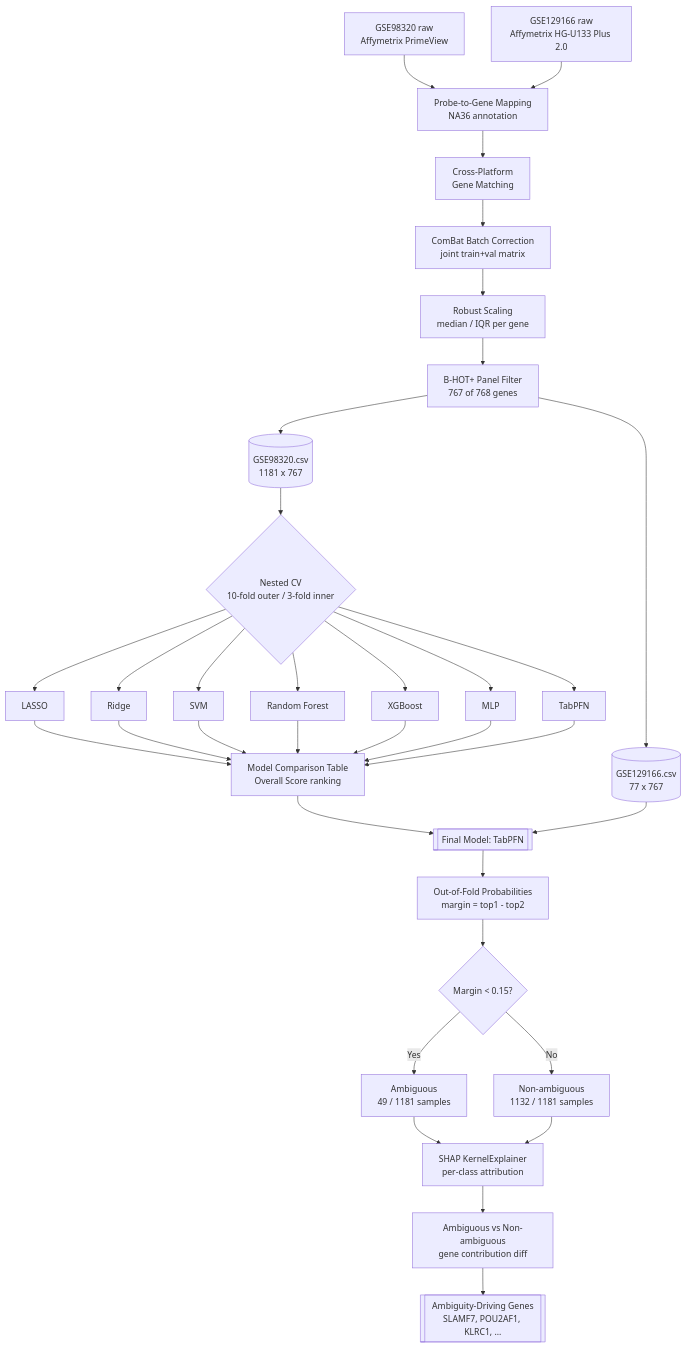
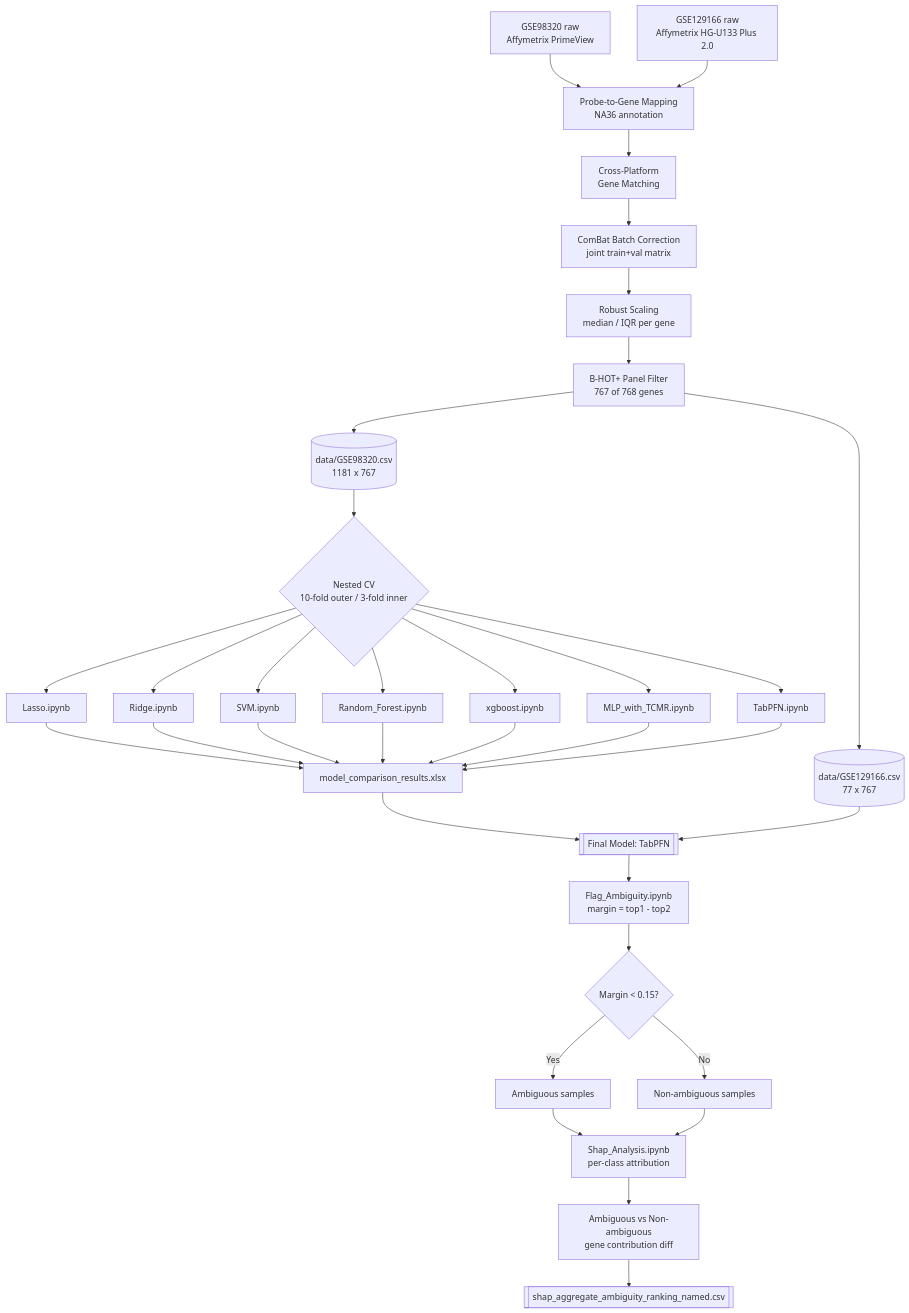
Before and after one commit to yashdave18/TRACER-Transcriptomic-Rejection-Analysis-and-Classification-with-Explainable-Reasoning: the first of 3 diagrams in README.md, drawn with Mermaid. The commit also changed other lines of this file, not shown here.

````diff
--- a/README.md
+++ b/README.md
@@ -195,34 +68,34 @@
 ```mermaid
 flowchart TD
     A[GSE98320 raw<br/>Affymetrix PrimeView] --> C[Probe-to-Gene Mapping<br/>NA36 annotation]
     B[GSE129166 raw<br/>Affymetrix HG-U133 Plus 2.0] --> C
     C --> D[Cross-Platform<br/>Gene Matching]
     D --> E[ComBat Batch Correction<br/>joint train+val matrix]
     E --> F[Robust Scaling<br/>median / IQR per gene]
     F --> G[B-HOT+ Panel Filter<br/>767 of 768 genes]
-    G --> H[(GSE98320.csv<br/>1181 x 767)]
-    G --> I[(GSE129166.csv<br/>77 x 767)]
+    G --> H[(data/GSE98320.csv<br/>1181 x 767)]
+    G --> I[(data/GSE129166.csv<br/>77 x 767)]
 
     H --> J{Nested CV<br/>10-fold outer / 3-fold inner}
-    J --> K1[LASSO]
-    J --> K2[Ridge]
-    J --> K3[SVM]
-    J --> K4[Random Forest]
-    J --> K5[XGBoost]
-    J --> K6[MLP]
-    J --> K7[TabPFN]
+    J --> K1[Lasso.ipynb]
+    J --> K2[Ridge.ipynb]
+    J --> K3[SVM.ipynb]
+    J --> K4[Random_Forest.ipynb]
+    J --> K5[xgboost.ipynb]
+    J --> K6[MLP_with_TCMR.ipynb]
+    J --> K7[TabPFN.ipynb]
 
-    K1 & K2 & K3 & K4 & K5 & K6 & K7 --> L[Model Comparison Table<br/>Overall Score ranking]
+    K1 & K2 & K3 & K4 & K5 & K6 & K7 --> L[model_comparison_results.xlsx]
     L --> M[[Final Model: TabPFN]]
     I --> M
 
-    M --> N[Out-of-Fold Probabilities<br/>margin = top1 - top2]
+    M --> N[Flag_Ambiguity.ipynb<br/>margin = top1 - top2]
     N --> O{Margin < 0.15?}
-    O -->|Yes| P[Ambiguous<br/>49 / 1181 samples]
-    O -->|No| Q[Non-ambiguous<br/>1132 / 1181 samples]
+    O -->|Yes| P[Ambiguous samples]
+    O -->|No| Q[Non-ambiguous samples]
 
-    P --> R[SHAP KernelExplainer<br/>per-class attribution]
+    P --> R[Shap_Analysis.ipynb<br/>per-class attribution]
     Q --> R
     R --> S[Ambiguous vs Non-ambiguous<br/>gene contribution diff]
-    S --> T[[Ambiguity-Driving Genes<br/>SLAMF7, POU2AF1, KLRC1, ...]]
+    S --> T[[shap_aggregate_ambiguity_ranking_named.csv]]
 ```
````
